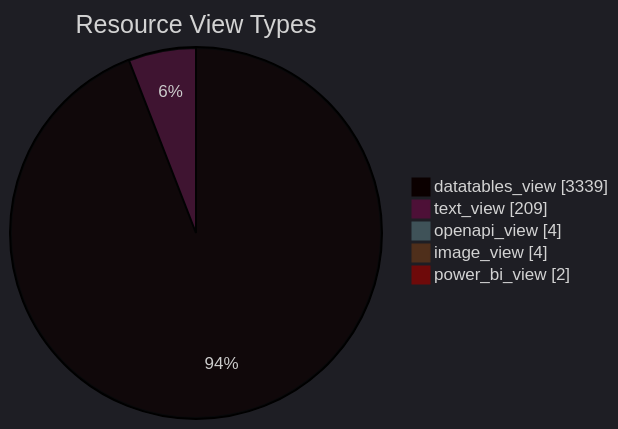
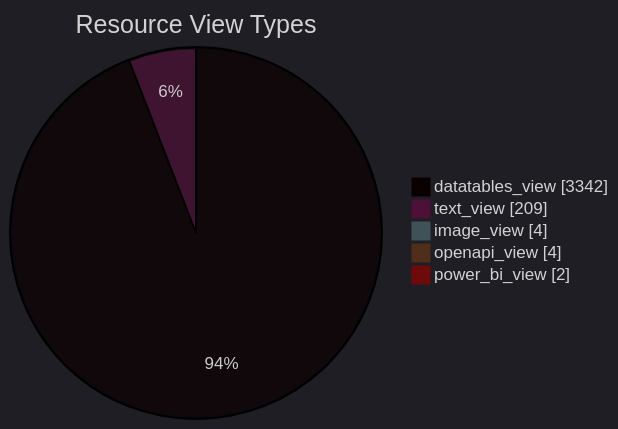
The diagram in datastore_tracker/resource_view_types_pie_chart.md (open-data/analytics-corporate-reporting), drawn with Mermaid before and after one commit. The commit also changed 9 other files, not shown here.

````diff
--- a/datastore_tracker/resource_view_types_pie_chart.md
+++ b/datastore_tracker/resource_view_types_pie_chart.md
@@ -2,12 +2,12 @@
 ```mermaid
 ---
 config:
   theme: dark
 ---
 pie showData title Resource View Types
-    "datatables_view": 3339
+    "datatables_view": 3342
     "text_view": 209
+    "image_view": 4
     "openapi_view": 4
-    "image_view": 4
     "power_bi_view": 2
 ```
````
